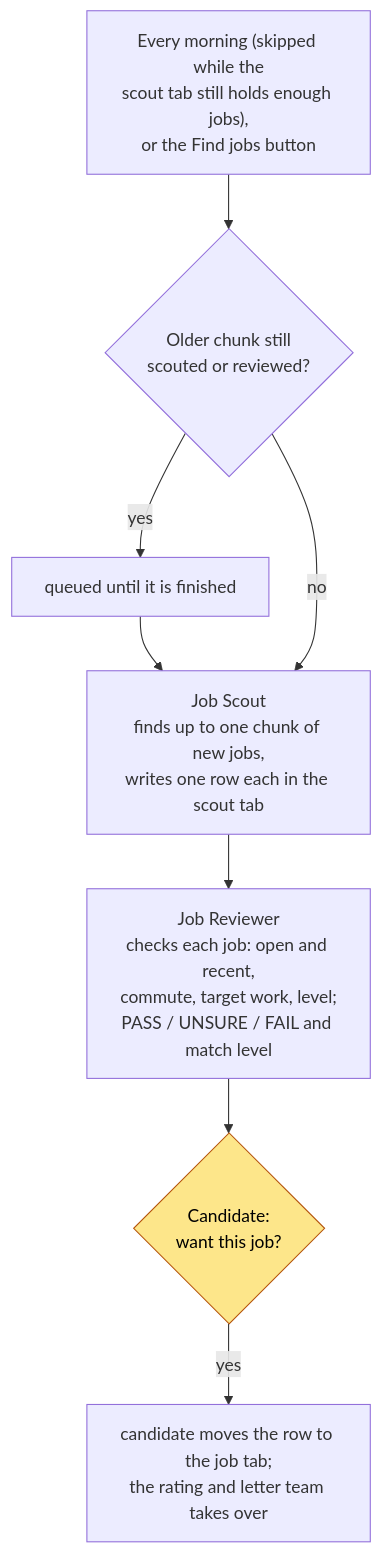
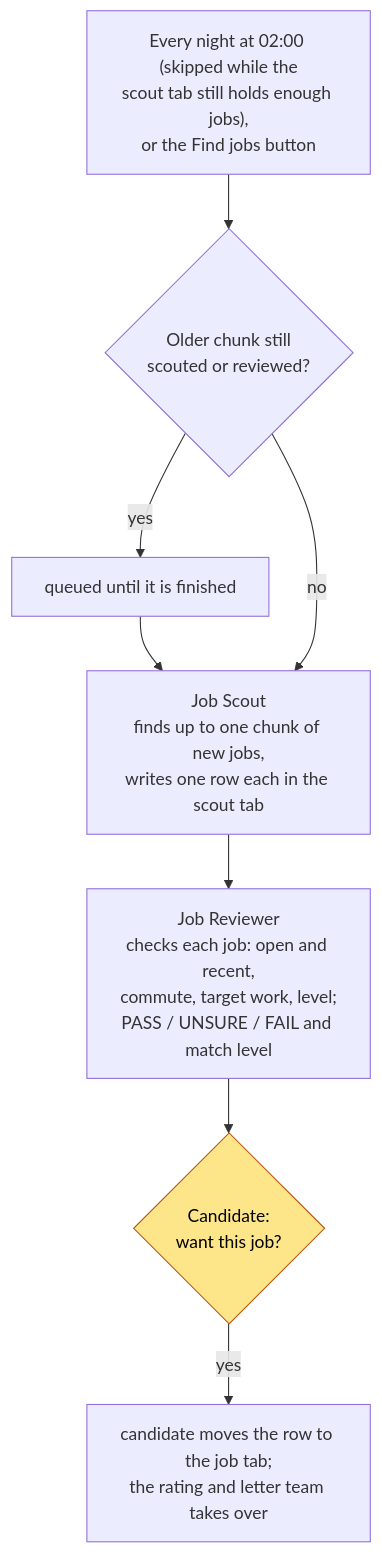
Before and after one commit to iansteffy-droid/Jobject-My-Job-Application-Agents: the second of 2 diagrams in README.md, drawn with Mermaid. The commit also changed other lines of this file and 5 other files, not shown here.

````diff
--- a/README.md
+++ b/README.md
@@ -111,11 +111,11 @@
 ```mermaid
 flowchart TD
-    trig["Every morning (skipped while the<br/>scout tab still holds enough jobs),<br/>or the Find jobs button"] --> q{"Older chunk still<br/>scouted or reviewed?"}
+    trig["Every night at 02:00 (skipped while the<br/>scout tab still holds enough jobs),<br/>or the Find jobs button"] --> q{"Older chunk still<br/>scouted or reviewed?"}
     q -- yes --> wait["queued until it is finished"] --> scout
     q -- no --> scout["Job Scout<br/>finds up to one chunk of new jobs,<br/>writes one row each in the scout tab"]
     scout --> rev["Job Reviewer<br/>checks each job: open and recent,<br/>commute, target work, level;<br/>PASS / UNSURE / FAIL and match level"]
     rev --> me{"Candidate:<br/>want this job?"}
     me -- yes --> move["candidate moves the row to the job tab;<br/>the rating and letter team takes over"]
     classDef me fill:#fde68a,stroke:#b45309,color:#000
     class me me
 ```
````
